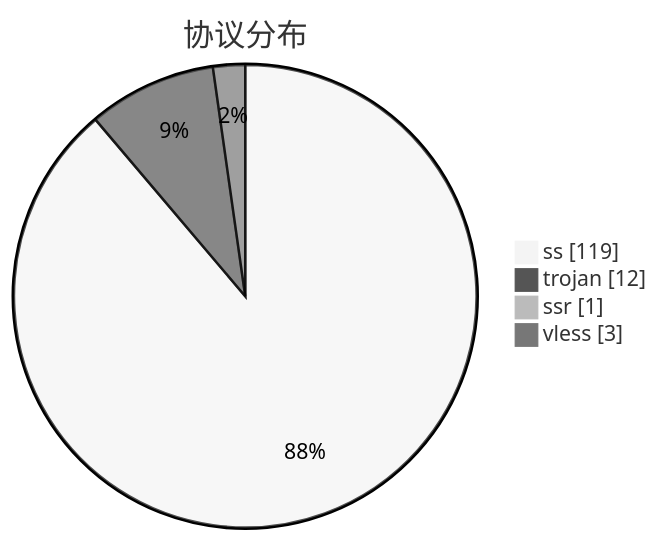
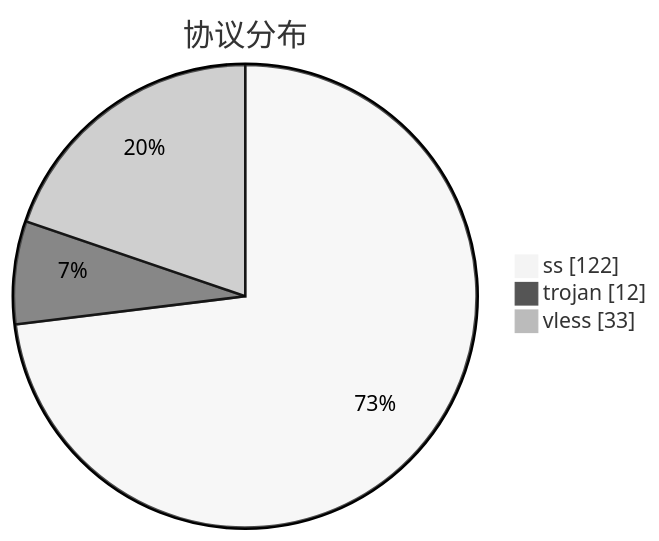
The third of 3 diagrams in subs/statistics/tested_within.md (qjlxg/airport), drawn with Mermaid (neutral theme) before and after one commit. The commit also changed other lines of this file and 2 other files, not shown here.

````diff
--- a/subs/statistics/tested_within.md
+++ b/subs/statistics/tested_within.md
@@ -32,8 +35,7 @@
 ```mermaid
 pie showData
 title 协议分布
-"ss" : 119
+"ss" : 122
 "trojan" : 12
-"ssr" : 1
-"vless" : 3
+"vless" : 33
 ```
````
